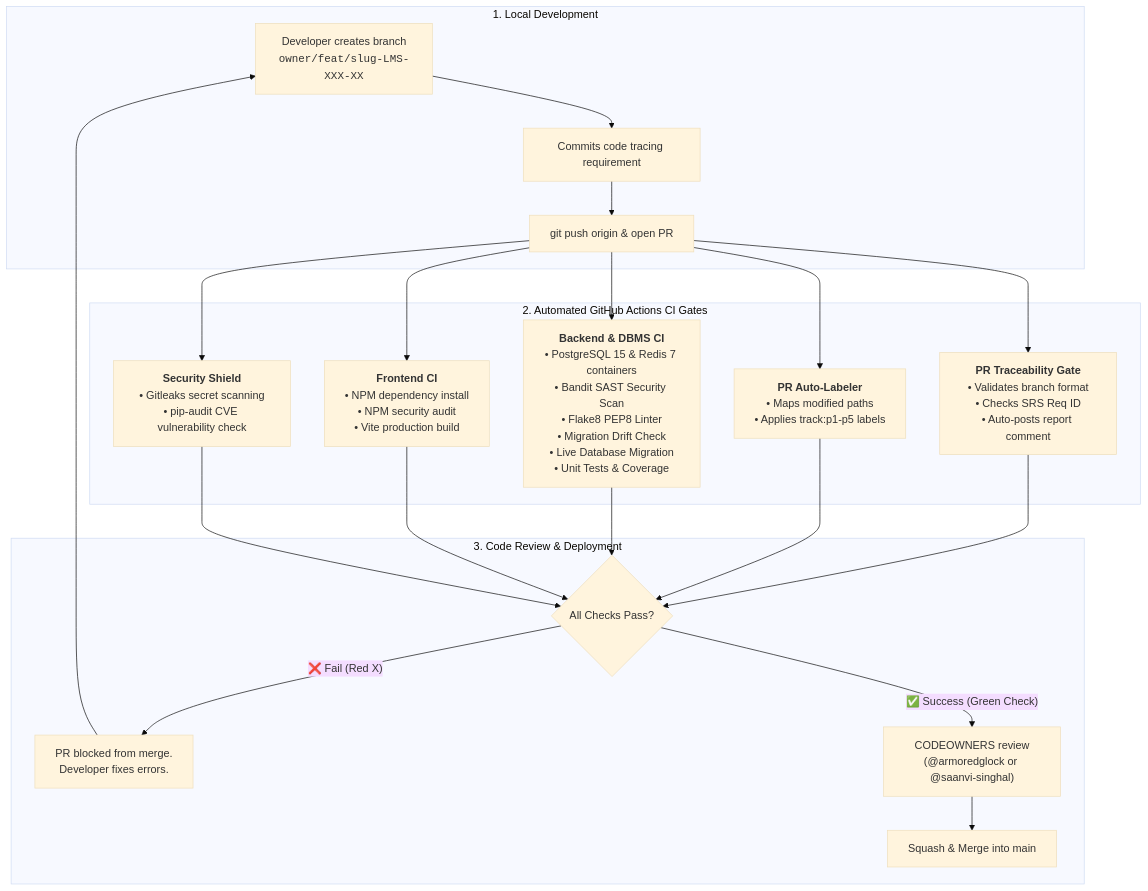
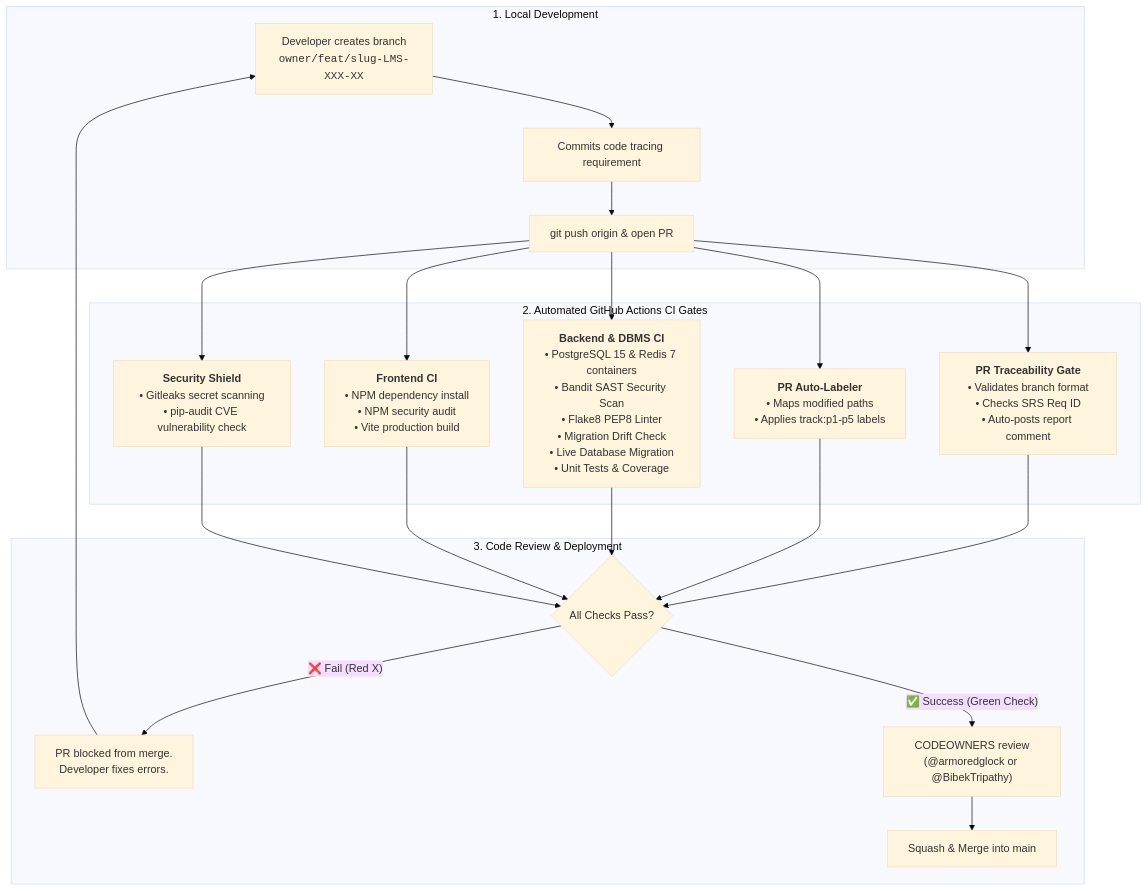
Before and after one commit to armoredglock/cognify-lms: the diagram in docs/CI_CD_WORKFLOW.md, drawn with Mermaid (base theme). The commit also changed other lines of this file and 5 other files, not shown here.

Commit message:
chore(team): set BibekTripathy as co-lead codeowner and update team profile handles

````diff
--- a/docs/CI_CD_WORKFLOW.md
+++ b/docs/CI_CD_WORKFLOW.md
@@ -11,31 +11,31 @@
 ```mermaid
 flowchart TD
     subgraph DeveloperWork["1. Local Development"]
         DEV["Developer creates branch<br/><code>owner/feat/slug-LMS-XXX-XX</code>"]
         COMMIT["Commits code tracing requirement"]
         PUSH["git push origin & open PR"]
         DEV --> COMMIT --> PUSH
     end
 
     subgraph GitHubGates["2. Automated GitHub Actions CI Gates"]
         PUSH --> TRACE["<b>PR Traceability Gate</b><br/>• Validates branch format<br/>• Checks SRS Req ID<br/>• Auto-posts report comment"]
         PUSH --> LABEL["<b>PR Auto-Labeler</b><br/>• Maps modified paths<br/>• Applies track:p1-p5 labels"]
         PUSH --> BACKEND["<b>Backend & DBMS CI</b><br/>• PostgreSQL 15 & Redis 7 containers<br/>• Bandit SAST Security Scan<br/>• Flake8 PEP8 Linter<br/>• Migration Drift Check<br/>• Live Database Migration<br/>• Unit Tests & Coverage"]
         PUSH --> FRONTEND["<b>Frontend CI</b><br/>• NPM dependency install<br/>• NPM security audit<br/>• Vite production build"]
         PUSH --> SEC["<b>Security Shield</b><br/>• Gitleaks secret scanning<br/>• pip-audit CVE vulnerability check"]
     end
 
     subgraph ReviewMerge["3. Code Review & Deployment"]
         TRACE --> GATES{All Checks Pass?}
         LABEL --> GATES
         BACKEND --> GATES
         FRONTEND --> GATES
         SEC --> GATES
         
         GATES -- "❌ Fail (Red X)" --> REVISE["PR blocked from merge.<br/>Developer fixes errors."]
         REVISE --> DEV
         
-        GATES -- "✅ Success (Green Check)" --> APPROVE["CODEOWNERS review<br/>(@armoredglock or @saanvi-singhal)"]
+        GATES -- "✅ Success (Green Check)" --> APPROVE["CODEOWNERS review<br/>(@armoredglock or @BibekTripathy)"]
         APPROVE --> MERGE["Squash & Merge into main"]
     end
 ```
````
